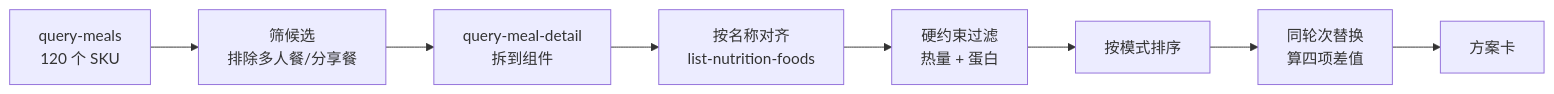
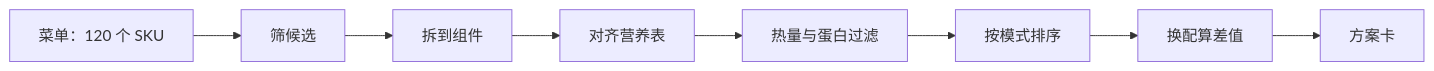
The diagram in README.md (Scallion-YC/mcd-calorie-remodel), drawn with Mermaid before and after one commit.

Commit message:
fix(readme): 简化流程图标签，避免 GitHub mermaid 渲染失败

````diff
--- a/README.md
+++ b/README.md
@@ -185,10 +185,10 @@
 ```mermaid
 flowchart LR
-  A[query-meals<br/>120 个 SKU] --> B[筛候选<br/>排除多人餐/分享餐]
-  B --> C[query-meal-detail<br/>拆到组件]
-  C --> D[按名称对齐<br/>list-nutrition-foods]
-  D --> E[硬约束过滤<br/>热量 + 蛋白]
-  E --> F[按模式排序]
-  F --> G[同轮次替换<br/>算四项差值]
-  G --> H[方案卡]
+  A["菜单：120 个 SKU"] --> B["筛候选"]
+  B --> C["拆到组件"]
+  C --> D["对齐营养表"]
+  D --> E["热量与蛋白过滤"]
+  E --> F["按模式排序"]
+  F --> G["换配算差值"]
+  G --> H["方案卡"]
 ```
````
